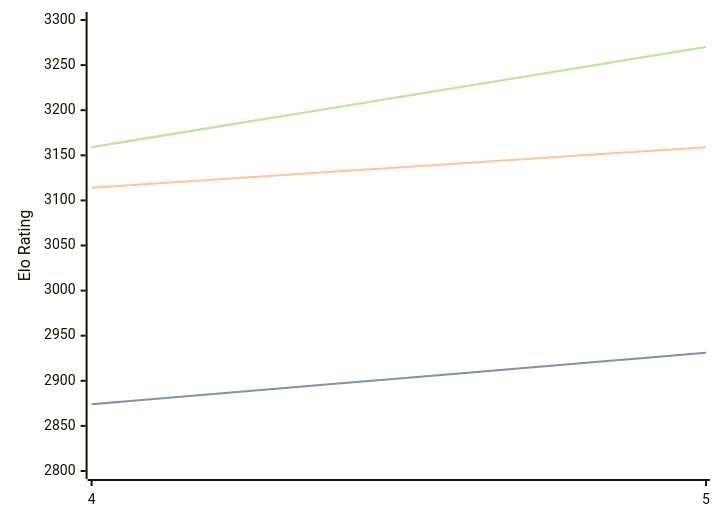
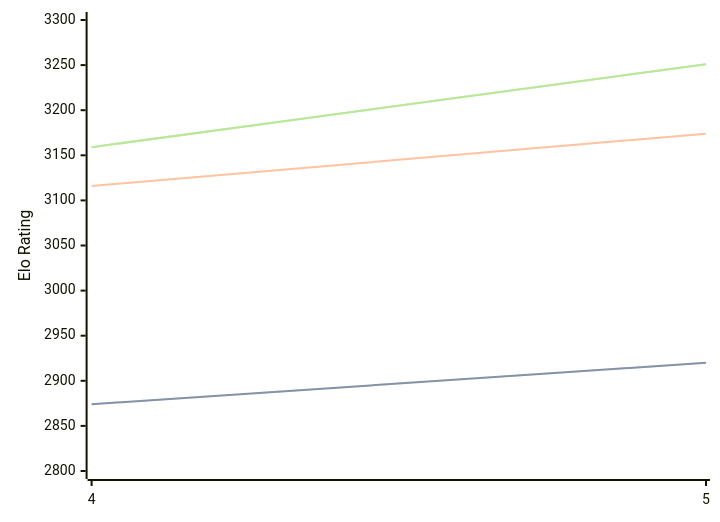
The diagram in engines/Cwtch.md (computer-chess-index/cci), drawn with Mermaid before and after one commit. The commit also changed other lines of this file, not shown here.

Commit message:
Update CCI Ratings (ELO VLTC) - 2026-04-09

````diff
--- a/engines/Cwtch.md
+++ b/engines/Cwtch.md
@@ -34,11 +34,11 @@
 ```mermaid
 %%{init: {"theme":"base","themeVariables":{"seriesColors:['#a3a3a3','#222221','#faa371']}}}%%
 xychart-beta
   x-axis ["4", "5"]
   y-axis "Elo Rating" 2800 --> 3300
-  line "STC (8.0+0.08s)" [2874, 2931]
-  line "STC (8.0+0.08s)" [2874, 2931]
-  line "LTC (60.0+0.60s)" [3114, 3159]
-  line "VLTC (2m24s+1.12s)" [3159, 3270]
-  line "VLTC (2m24s+1.12s)" [3159, 3270]
+  line "STC (8.0+0.08s)" [2874, 2920]
+  line "STC (8.0+0.08s)" [2874, 2920]
+  line "LTC (60.0+0.60s)" [3116, 3174]
+  line "VLTC (2m24s+1.12s)" [3159, 3251]
+  line "VLTC (2m24s+1.12s)" [3159, 3251]
 ```
````
